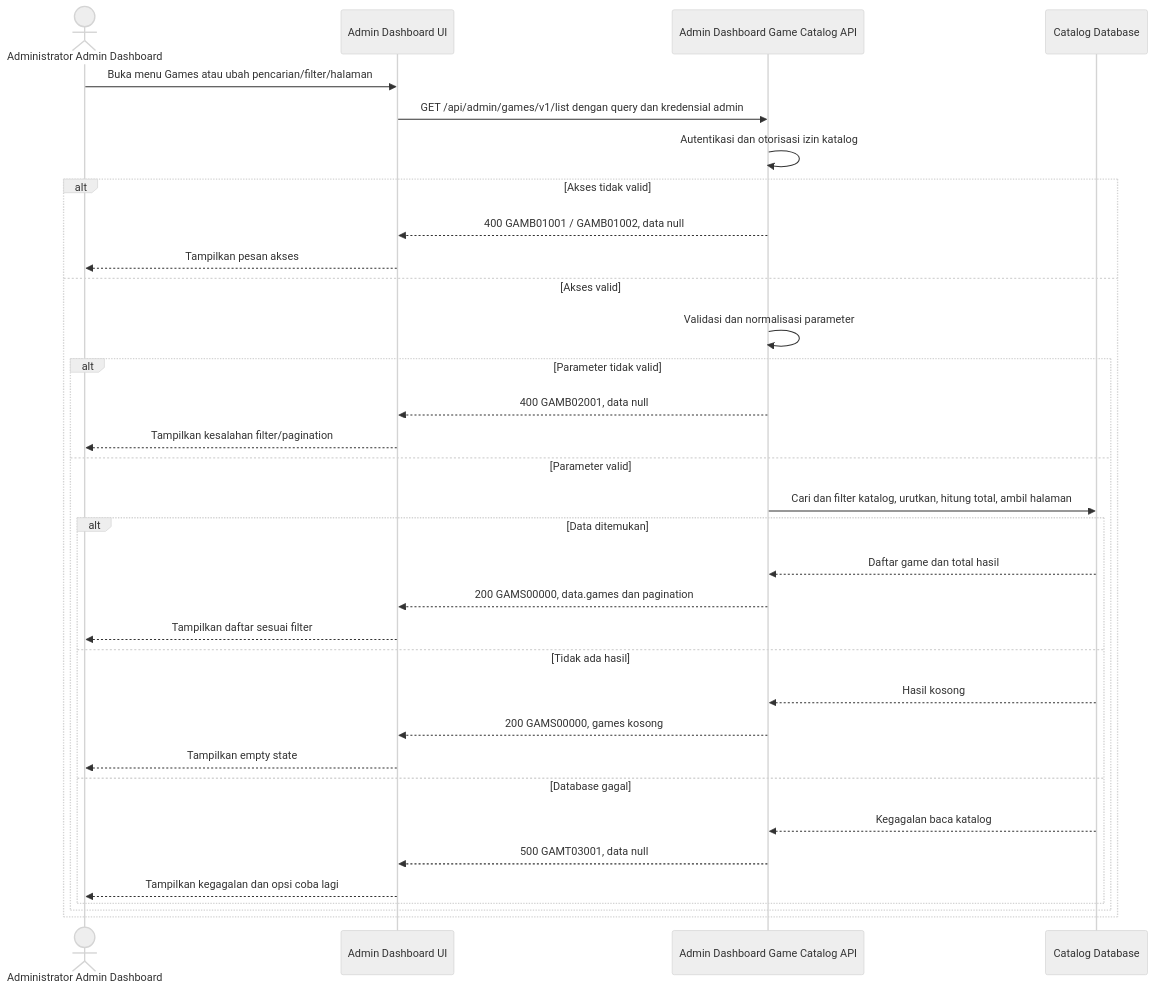
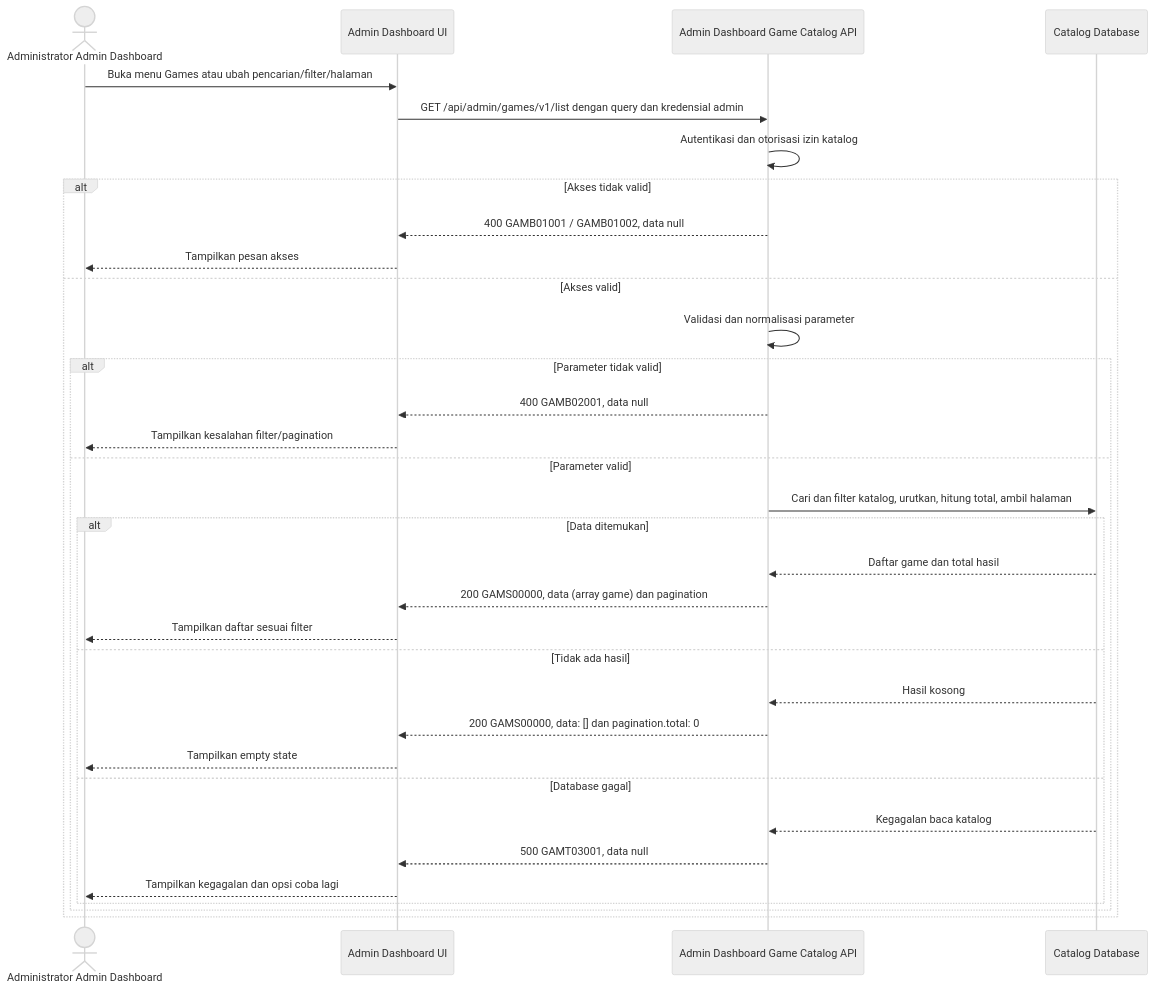
One commit to fatihmuhamadridho/docs-game-service-platform changed the diagram in sprint-1/solutioning/dashboard/games/get-list-games.md. Above: the diagram before and after it, drawn with Mermaid (neutral theme). The commit also changed other lines of this file and 22 other files, not shown here.

````diff
--- a/sprint-1/solutioning/dashboard/games/get-list-games.md
+++ b/sprint-1/solutioning/dashboard/games/get-list-games.md
@@ -14,35 +14,35 @@
 ```mermaid
 sequenceDiagram
     actor Admin as Administrator Admin Dashboard
     participant UI as Admin Dashboard UI
     participant API as Admin Dashboard Game Catalog API
     participant DB as Catalog Database
     Admin->>UI: Buka menu Games atau ubah pencarian/filter/halaman
     UI->>API: GET /api/admin/games/v1/list dengan query dan kredensial admin
     API->>API: Autentikasi dan otorisasi izin katalog
     alt Akses tidak valid
         API-->>UI: 400 GAMB01001 / GAMB01002, data null
         UI-->>Admin: Tampilkan pesan akses
     else Akses valid
         API->>API: Validasi dan normalisasi parameter
         alt Parameter tidak valid
             API-->>UI: 400 GAMB02001, data null
             UI-->>Admin: Tampilkan kesalahan filter/pagination
         else Parameter valid
             API->>DB: Cari dan filter katalog, urutkan, hitung total, ambil halaman
             alt Data ditemukan
                 DB-->>API: Daftar game dan total hasil
-                API-->>UI: 200 GAMS00000, data.games dan pagination
+                API-->>UI: 200 GAMS00000, data (array game) dan pagination
                 UI-->>Admin: Tampilkan daftar sesuai filter
             else Tidak ada hasil
                 DB-->>API: Hasil kosong
-                API-->>UI: 200 GAMS00000, games kosong
+                API-->>UI: 200 GAMS00000, data: [] dan pagination.total: 0
                 UI-->>Admin: Tampilkan empty state
             else Database gagal
                 DB-->>API: Kegagalan baca katalog
                 API-->>UI: 500 GAMT03001, data null
                 UI-->>Admin: Tampilkan kegagalan dan opsi coba lagi
             end
         end
     end
 ```
````
